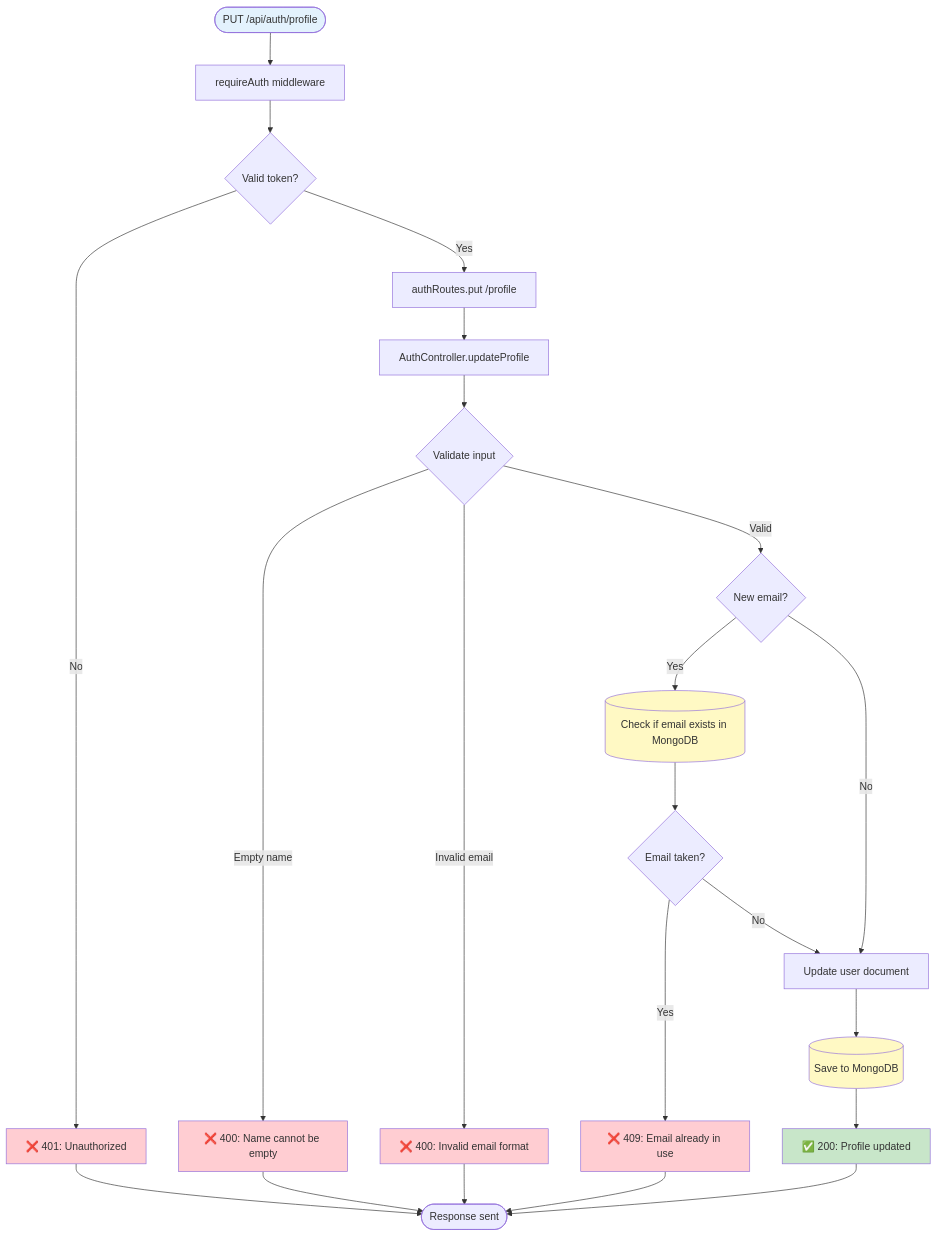
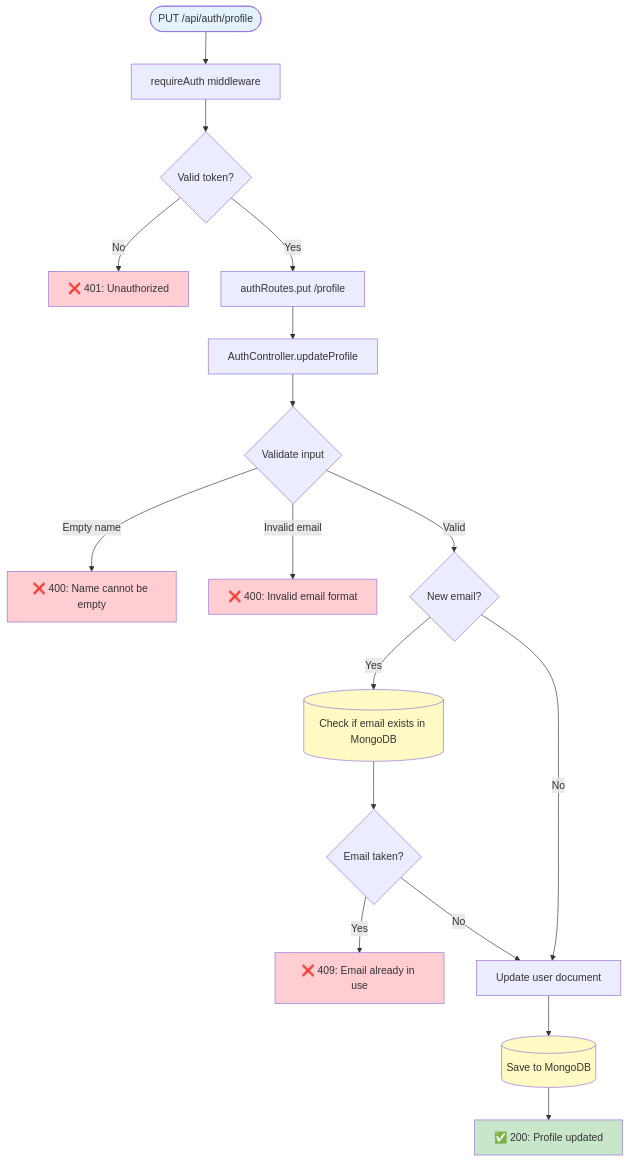
One commit to shmuelkapiloff/simple- changed the sixth of 26 diagrams in docs/SERVER_ENDPOINTS_MAP.md. Above: the diagram before and after it, drawn with Mermaid. The commit also changed other lines of this file, not shown here.

Commit message:
fix: Remove End nodes from flowcharts to fix GitHub Mermaid rendering

````diff
--- a/docs/SERVER_ENDPOINTS_MAP.md
+++ b/docs/SERVER_ENDPOINTS_MAP.md
@@ -313,37 +292,32 @@
 ```mermaid
 flowchart TD
     Request([PUT /api/auth/profile]) --> RequireAuth[requireAuth middleware]
     RequireAuth --> CheckToken{Valid token?}
     CheckToken -->|No| Return401["❌ 401: Unauthorized"]
     CheckToken -->|Yes| RouteHandler[authRoutes.put /profile]
     
     RouteHandler --> Controller[AuthController.updateProfile]
     Controller --> ValidateInput{Validate input}
     ValidateInput -->|Empty name| Return400["❌ 400: Name cannot be empty"]
     ValidateInput -->|Invalid email| Return400Email["❌ 400: Invalid email format"]
     ValidateInput -->|Valid| CheckEmailExists{New email?}
     
     CheckEmailExists -->|Yes| FindByEmail[(Check if email exists in MongoDB)]
     FindByEmail --> EmailTaken{Email taken?}
     EmailTaken -->|Yes| Return409["❌ 409: Email already in use"]
     EmailTaken -->|No| UpdateUser
     CheckEmailExists -->|No| UpdateUser[Update user document]
     
     UpdateUser --> SaveChanges[(Save to MongoDB)]
     SaveChanges --> Return200["✅ 200: Profile updated"]
     
-    Return401 --> End([Response sent])
-    Return400 --> End
-    Return400Email --> End
-    Return409 --> End
-    Return200 --> End
     
     style Request fill:#e3f2fd
     style Return200 fill:#c8e6c9
     style Return401 fill:#ffcdd2
     style Return400 fill:#ffcdd2
     style Return400Email fill:#ffcdd2
     style Return409 fill:#ffcdd2
     style FindByEmail fill:#fff9c4
     style SaveChanges fill:#fff9c4
 ```
````
